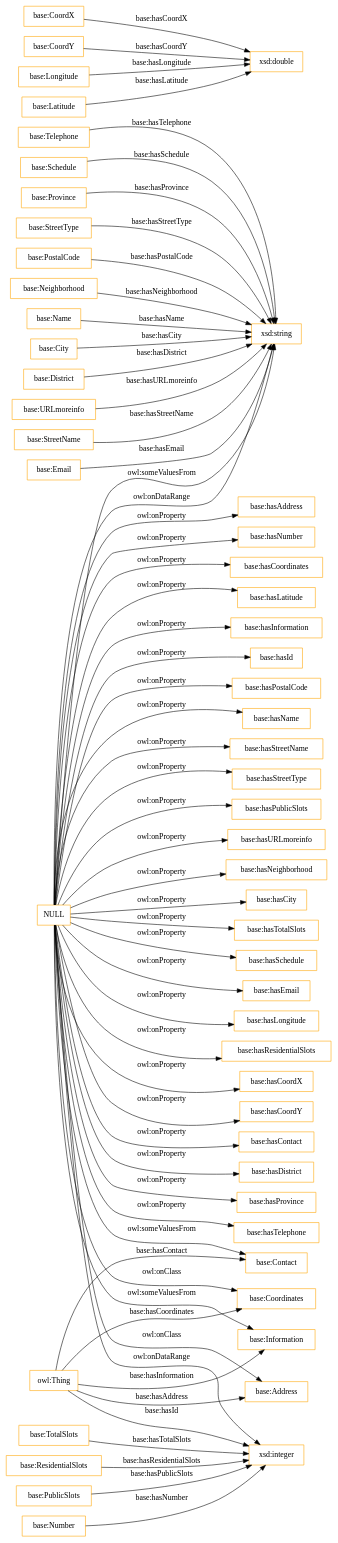
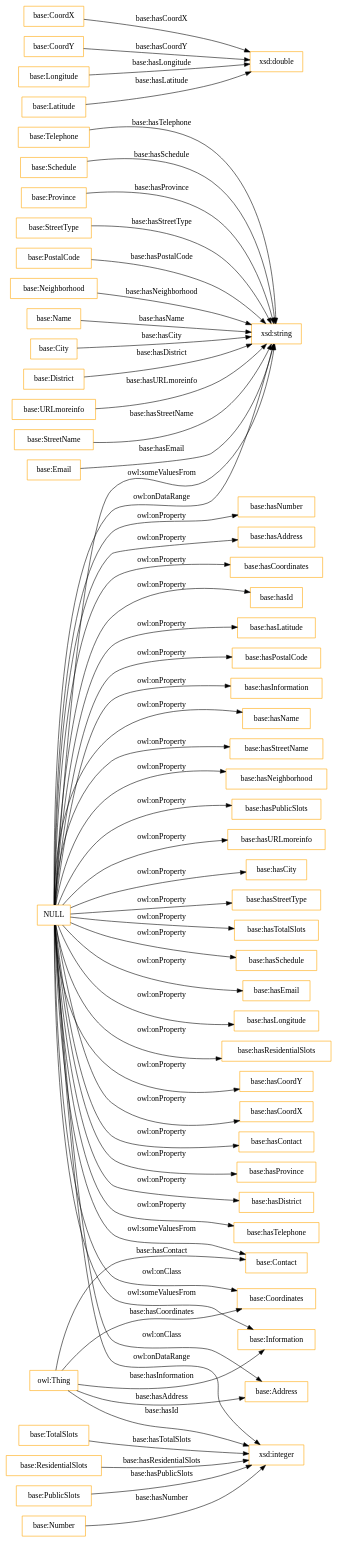
The diagram in OnToology/HandsOn/Group02/ontology/ontology.ttl/diagrams/ar2dtool-class/ontology.ttl.png.dot (adrix1341/Curso2020-2021), drawn with Graphviz before and after one commit. The commit also changed other lines of this file and 2 other files, not shown here.

```diff
--- a/OnToology/HandsOn/Group02/ontology/ontology.ttl/diagrams/ar2dtool-class/ontology.ttl.png.dot
+++ b/OnToology/HandsOn/Group02/ontology/ontology.ttl/diagrams/ar2dtool-class/ontology.ttl.png.dot
@@ -1,63 +1,63 @@
 digraph ar2dtool_diagram { 
 rankdir=LR;
 size="1501"
 node [shape = rectangle, color="orange"]; "base:Telephone" "base:Schedule" "base:Province" "base:StreetType" "base:CoordX" "base:PostalCode" "base:Contact" "base:Neighborhood" "base:Name" "base:City" "base:District" "base:CoordY" "base:TotalSlots" "base:URLmoreinfo" "base:Address" "base:ResidentialSlots" "base:StreetName" "base:PublicSlots" "base:Coordinates" "base:Email" "base:Number" "base:Longitude" "base:Information" "base:Latitude" ; /*classes style*/
 	"NULL" -> "base:hasResidentialSlots" [ label = "owl:onProperty" ];
+	"NULL" -> "base:hasCoordY" [ label = "owl:onProperty" ];
 	"NULL" -> "base:hasCoordX" [ label = "owl:onProperty" ];
-	"NULL" -> "base:hasCoordY" [ label = "owl:onProperty" ];
 	"NULL" -> "xsd:string" [ label = "owl:someValuesFrom" ];
 	"NULL" -> "base:hasContact" [ label = "owl:onProperty" ];
+	"NULL" -> "base:hasProvince" [ label = "owl:onProperty" ];
+	"NULL" -> "xsd:integer" [ label = "owl:onDataRange" ];
 	"NULL" -> "base:hasDistrict" [ label = "owl:onProperty" ];
-	"NULL" -> "xsd:integer" [ label = "owl:onDataRange" ];
-	"NULL" -> "base:hasProvince" [ label = "owl:onProperty" ];
 	"NULL" -> "base:hasTelephone" [ label = "owl:onProperty" ];
 	"NULL" -> "base:Contact" [ label = "owl:someValuesFrom" ];
+	"NULL" -> "base:hasNumber" [ label = "owl:onProperty" ];
 	"NULL" -> "base:hasAddress" [ label = "owl:onProperty" ];
-	"NULL" -> "base:hasNumber" [ label = "owl:onProperty" ];
 	"NULL" -> "base:Coordinates" [ label = "owl:onClass" ];
 	"NULL" -> "base:hasCoordinates" [ label = "owl:onProperty" ];
+	"NULL" -> "base:hasId" [ label = "owl:onProperty" ];
 	"NULL" -> "base:hasLatitude" [ label = "owl:onProperty" ];
+	"NULL" -> "base:hasPostalCode" [ label = "owl:onProperty" ];
 	"NULL" -> "base:hasInformation" [ label = "owl:onProperty" ];
-	"NULL" -> "base:hasId" [ label = "owl:onProperty" ];
-	"NULL" -> "base:hasPostalCode" [ label = "owl:onProperty" ];
 	"NULL" -> "base:hasName" [ label = "owl:onProperty" ];
 	"NULL" -> "base:hasStreetName" [ label = "owl:onProperty" ];
-	"NULL" -> "base:hasStreetType" [ label = "owl:onProperty" ];
+	"NULL" -> "base:hasNeighborhood" [ label = "owl:onProperty" ];
 	"NULL" -> "base:hasPublicSlots" [ label = "owl:onProperty" ];
 	"NULL" -> "xsd:string" [ label = "owl:onDataRange" ];
 	"NULL" -> "base:hasURLmoreinfo" [ label = "owl:onProperty" ];
-	"NULL" -> "base:hasNeighborhood" [ label = "owl:onProperty" ];
 	"NULL" -> "base:hasCity" [ label = "owl:onProperty" ];
+	"NULL" -> "base:hasStreetType" [ label = "owl:onProperty" ];
 	"NULL" -> "base:hasTotalSlots" [ label = "owl:onProperty" ];
 	"NULL" -> "base:hasSchedule" [ label = "owl:onProperty" ];
 	"NULL" -> "base:hasEmail" [ label = "owl:onProperty" ];
 	"NULL" -> "base:Information" [ label = "owl:someValuesFrom" ];
 	"NULL" -> "base:Address" [ label = "owl:onClass" ];
 	"NULL" -> "base:hasLongitude" [ label = "owl:onProperty" ];
 	"owl:Thing" -> "base:Contact" [ label = "base:hasContact" ];
 	"base:TotalSlots" -> "xsd:integer" [ label = "base:hasTotalSlots" ];
 	"base:Name" -> "xsd:string" [ label = "base:hasName" ];
 	"base:Latitude" -> "xsd:double" [ label = "base:hasLatitude" ];
 	"base:Schedule" -> "xsd:string" [ label = "base:hasSchedule" ];
 	"base:Telephone" -> "xsd:string" [ label = "base:hasTelephone" ];
 	"owl:Thing" -> "xsd:integer" [ label = "base:hasId" ];
 	"base:ResidentialSlots" -> "xsd:integer" [ label = "base:hasResidentialSlots" ];
 	"base:StreetType" -> "xsd:string" [ label = "base:hasStreetType" ];
 	"base:Number" -> "xsd:integer" [ label = "base:hasNumber" ];
 	"base:City" -> "xsd:string" [ label = "base:hasCity" ];
 	"owl:Thing" -> "base:Information" [ label = "base:hasInformation" ];
 	"base:PublicSlots" -> "xsd:integer" [ label = "base:hasPublicSlots" ];
 	"base:StreetName" -> "xsd:string" [ label = "base:hasStreetName" ];
 	"owl:Thing" -> "base:Address" [ label = "base:hasAddress" ];
 	"base:Province" -> "xsd:string" [ label = "base:hasProvince" ];
 	"owl:Thing" -> "base:Coordinates" [ label = "base:hasCoordinates" ];
 	"base:Longitude" -> "xsd:double" [ label = "base:hasLongitude" ];
 	"base:CoordX" -> "xsd:double" [ label = "base:hasCoordX" ];
 	"base:CoordY" -> "xsd:double" [ label = "base:hasCoordY" ];
 	"base:District" -> "xsd:string" [ label = "base:hasDistrict" ];
 	"base:PostalCode" -> "xsd:string" [ label = "base:hasPostalCode" ];
 	"base:Email" -> "xsd:string" [ label = "base:hasEmail" ];
 	"base:Neighborhood" -> "xsd:string" [ label = "base:hasNeighborhood" ];
 	"base:URLmoreinfo" -> "xsd:string" [ label = "base:hasURLmoreinfo" ];
 
 }
```
